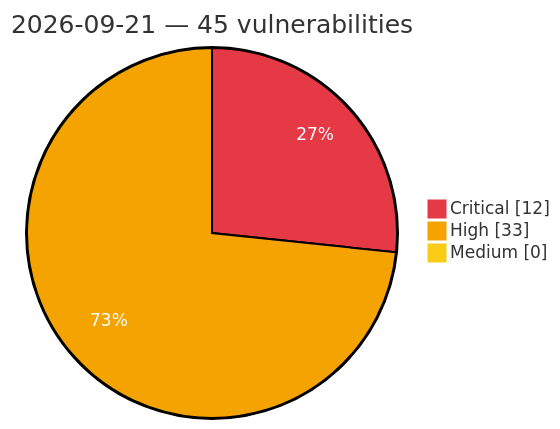
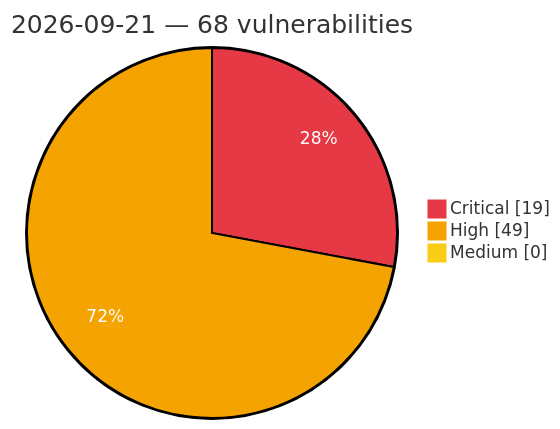
The diagram in vulnerabilities/2026/September/2026-09-21.md (GhostX0X/vuln-tracker), drawn with Mermaid before and after one commit. The commit also changed other lines of this file and 5 other files, not shown here.

Commit message:
Auto update: critical/high vulns (2026-09-21 22:15 UTC)

````diff
--- a/vulnerabilities/2026/September/2026-09-21.md
+++ b/vulnerabilities/2026/September/2026-09-21.md
@@ -3,8 +3,8 @@
 ```mermaid
 %%{init: {'theme':'base', 'themeVariables': {'pie1':'#e63946', 'pie2':'#f4a300', 'pie3':'#facc15', 'pieOpacity':'1', 'pieOuterStrokeWidth':'2px', 'pieSectionTextColor':'#ffffff'}}}%%
 pie showData
-    title 2026-09-21 — 45 vulnerabilities
-    "Critical" : 12
-    "High" : 33
+    title 2026-09-21 — 68 vulnerabilities
+    "Critical" : 19
+    "High" : 49
     "Medium" : 0
 ```
````
